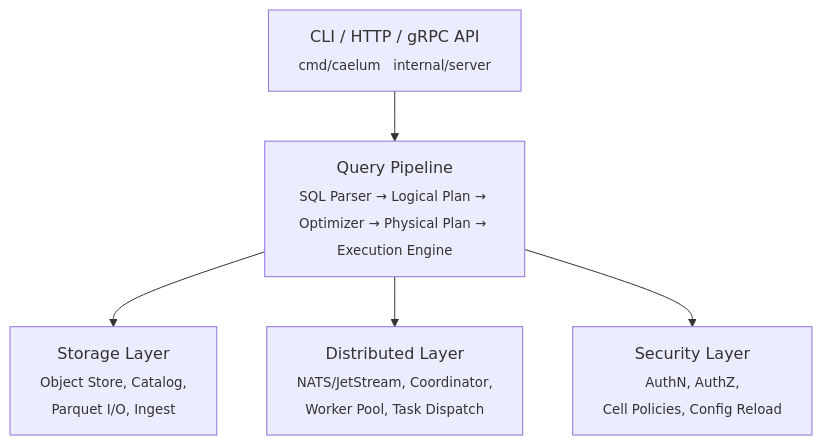
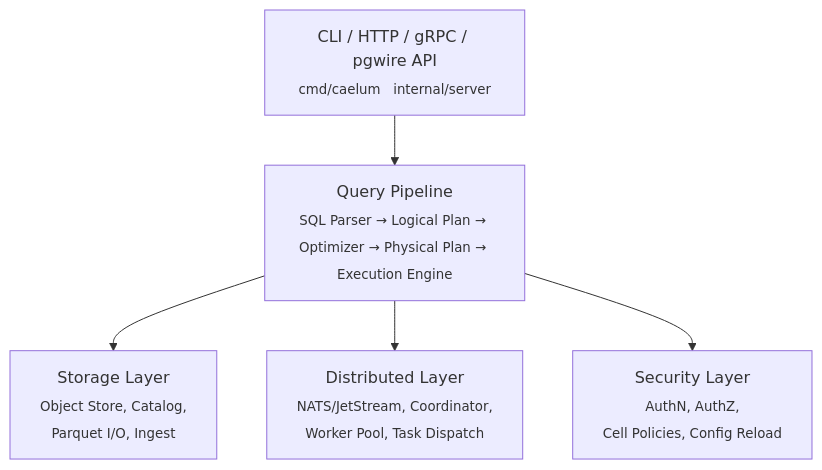
Before and after one commit to derekmwright/wadjet: the first of 3 diagrams in docs/architecture.md, drawn with Mermaid. The commit also changed other lines of this file and 45 other files, not shown here.

First line of the commit message:
Add Iceberg metadata reading, DECIMAL type, TPC-H benchmarks, correlated subqueries, GROUPING SETS, and pgwire server

````diff
--- a/docs/architecture.md
+++ b/docs/architecture.md
@@ -7,13 +7,13 @@
 ```mermaid
 graph TD
-    API["CLI / HTTP / gRPC API<br/><sub>cmd/caelum &nbsp; internal/server</sub>"]
+    API["CLI / HTTP / gRPC / pgwire API<br/><sub>cmd/caelum &nbsp; internal/server</sub>"]
     QP["Query Pipeline<br/><sub>SQL Parser → Logical Plan → Optimizer → Physical Plan → Execution Engine</sub>"]
     ST["Storage Layer<br/><sub>Object Store, Catalog,<br/>Parquet I/O, Ingest</sub>"]
     DL["Distributed Layer<br/><sub>NATS/JetStream, Coordinator,<br/>Worker Pool, Task Dispatch</sub>"]
     SL["Security Layer<br/><sub>AuthN, AuthZ,<br/>Cell Policies, Config Reload</sub>"]
 
     API --> QP
     QP --> ST
     QP --> DL
     QP --> SL
 ```
````
